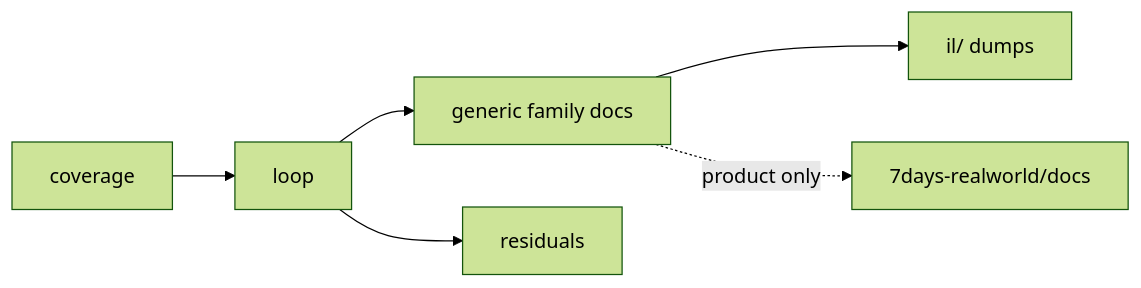
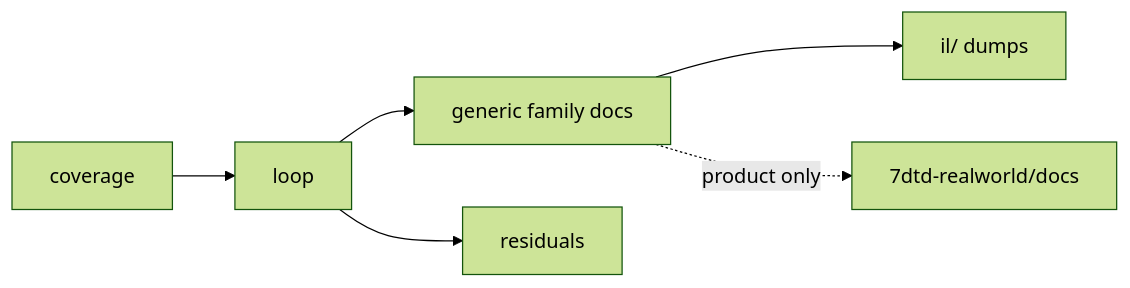
The diagram in docs/INDEX.md (hordeforge/7dtd-engine-research), drawn with Mermaid (forest theme) before and after one commit. The commit also changed other lines of this file and 12 other files, not shown here.

First line of the commit message:
Tier-C: rename 7days-realworld -> 7dtd-realworld (live refs)

````diff
--- a/docs/INDEX.md
+++ b/docs/INDEX.md
@@ -75,8 +75,8 @@
 ```mermaid
 flowchart LR
   A[coverage] --> B[loop]
   B --> C[generic family docs]
   C --> D[il/ dumps]
   B --> E[residuals]
-  C -.->|product only| RE[7days-realworld/docs]
+  C -.->|product only| RE[7dtd-realworld/docs]
 ```
````
